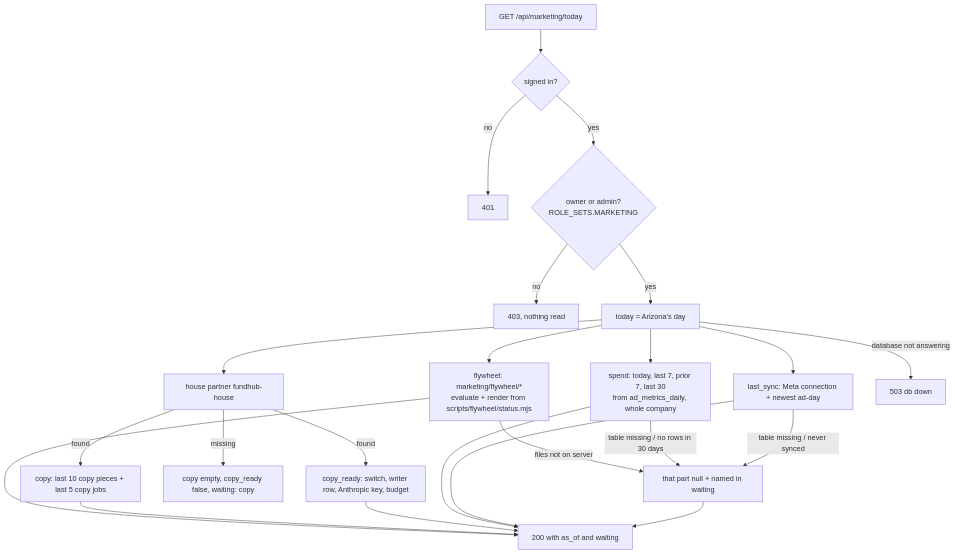
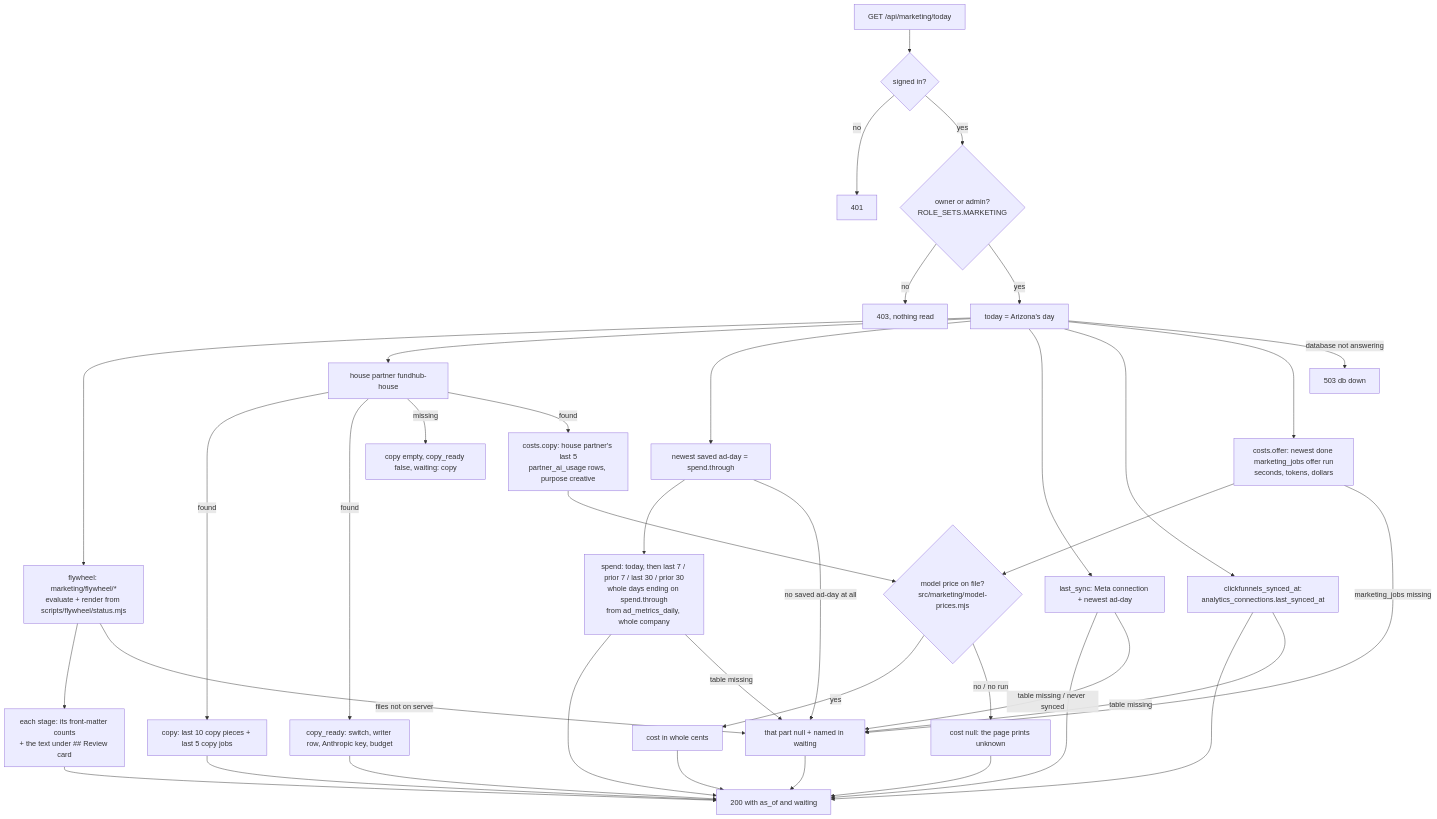
One commit to ZootimusMaximusSupreme/fundhub-platform changed the first of 3 diagrams in docs/journeys/marketing-dashboard-flow.md. Above: the diagram before and after it, drawn with Mermaid. The commit also changed other lines of this file and 6 other files, not shown here.

````diff
--- a/docs/journeys/marketing-dashboard-flow.md
+++ b/docs/journeys/marketing-dashboard-flow.md
@@ -16,21 +21,32 @@
 ```mermaid
 flowchart TD
   A[GET /api/marketing/today] --> B{signed in?}
   B -->|no| B1[401]
   B -->|yes| C{owner or admin?<br/>ROLE_SETS.MARKETING}
   C -->|no| C1[403, nothing read]
   C -->|yes| D[today = Arizona's day]
   D --> F[flywheel: marketing/flywheel/*<br/>evaluate + render from scripts/flywheel/status.mjs]
   D --> H[house partner fundhub-house]
   H -->|found| H1[copy: last 10 copy pieces + last 5 copy jobs]
   H -->|found| H2[copy_ready: switch, writer row, Anthropic key, budget]
   H -->|missing| H3[copy empty, copy_ready false, waiting: copy]
-  D --> S[spend: today, last 7, prior 7, last 30<br/>from ad_metrics_daily, whole company]
+  F --> F2[each stage: its front-matter counts<br/>+ the text under ## Review card]
+  D --> S0[newest saved ad-day = spend.through]
+  S0 --> S[spend: today, then last 7 / prior 7 / last 30 / prior 30<br/>whole days ending on spend.through<br/>from ad_metrics_daily, whole company]
   D --> L[last_sync: Meta connection + newest ad-day]
-  F & H1 & H2 & S & L --> Z[200 with as_of and waiting]
+  D --> CF[clickfunnels_synced_at:<br/>analytics_connections.last_synced_at]
+  D --> CO[costs.offer: newest done marketing_jobs offer run<br/>seconds, tokens, dollars]
+  H -->|found| CC[costs.copy: house partner's last 5<br/>partner_ai_usage rows, purpose creative]
+  CO & CC --> PR{model price on file?<br/>src/marketing/model-prices.mjs}
+  PR -->|yes| PR1[cost in whole cents]
+  PR -->|no / no run| PR2[cost null: the page prints unknown]
+  F2 & H1 & H2 & S & L & CF & PR1 & PR2 --> Z[200 with as_of and waiting]
   F -->|files not on server| W[that part null + named in waiting]
-  S -->|table missing / no rows in 30 days| W
+  S0 -->|no saved ad-day at all| W
+  S -->|table missing| W
   L -->|table missing / never synced| W
+  CF -->|table missing| W
+  CO -->|marketing_jobs missing| W
   W --> Z
   D -->|database not answering| E[503 db down]
 ```
````
